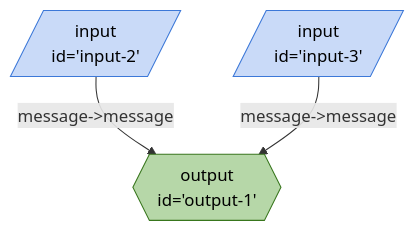
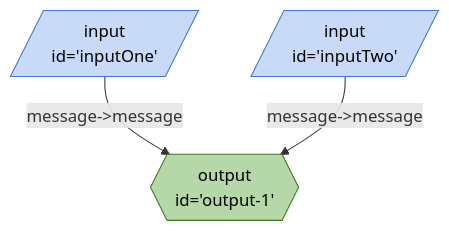
The diagram in samples/Breadboard Walkthrough/src/multiple-inputs/README.md (ExaDev-io/breadboard-samples), drawn with Mermaid before and after one commit. The commit also changed other lines of this file and 28 other files, not shown here.

Commit message:
add schemas to inputs under the Breadboard Walkthrough directory

````diff
--- a/samples/Breadboard Walkthrough/src/multiple-inputs/README.md
+++ b/samples/Breadboard Walkthrough/src/multiple-inputs/README.md
@@ -3,14 +3,14 @@
 ```mermaid
 %%{init: 'themeVariables': { 'fontFamily': 'Fira Code, monospace' }}%%
 graph TD;
-input2[/"input <br> id='input-2'"/]:::input -- "message->message" --> output1{{"output <br> id='output-1'"}}:::output
-input3[/"input <br> id='input-3'"/]:::input -- "message->message" --> output1{{"output <br> id='output-1'"}}:::output
+inputOne[/"input <br> id='inputOne'"/]:::input -- "message->message" --> output1{{"output <br> id='output-1'"}}:::output
+inputTwo[/"input <br> id='inputTwo'"/]:::input -- "message->message" --> output1{{"output <br> id='output-1'"}}:::output
 classDef default stroke:#ffab40,fill:#fff2ccff,color:#000
 classDef input stroke:#3c78d8,fill:#c9daf8ff,color:#000
 classDef output stroke:#38761d,fill:#b6d7a8ff,color:#000
 classDef passthrough stroke:#a64d79,fill:#ead1dcff,color:#000
 classDef slot stroke:#a64d79,fill:#ead1dcff,color:#000
 classDef config stroke:#a64d79,fill:#ead1dcff,color:#000
 classDef secrets stroke:#db4437,fill:#f4cccc,color:#000
 classDef slotted stroke:#a64d79
 ```
````
